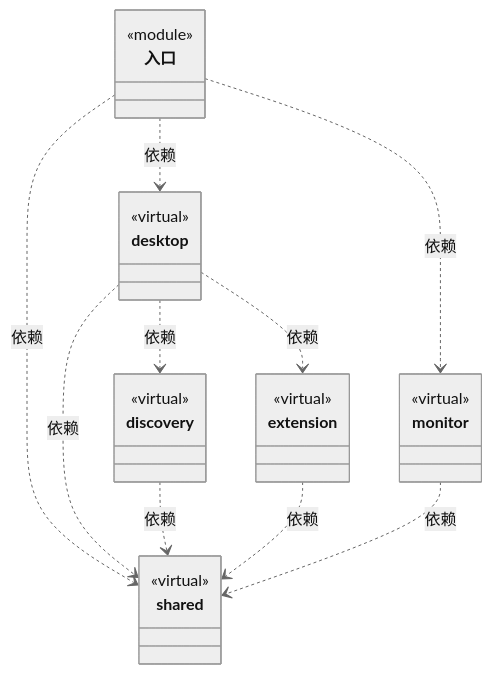
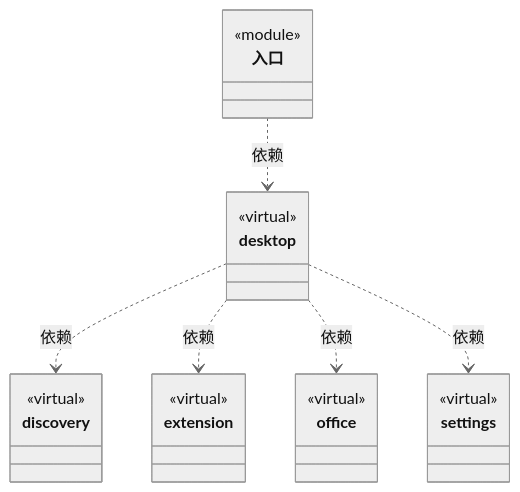
Before and after one commit to nan023062/cbim: the first of 2 diagrams in src/view/ARCHITECTURE.md, drawn with Mermaid (neutral theme). The commit also changed other lines of this file and 113 other files, not shown here.

````diff
--- a/src/view/ARCHITECTURE.md
+++ b/src/view/ARCHITECTURE.md
@@ -27,36 +27,32 @@
 ```mermaid
 classDiagram
-class N_487081ac23f6["shared"] {
+class N_40b8b62c92ef["desktop"] {
   <<virtual>>
 }
-click N_487081ac23f6 href "shared/ARCHITECTURE.md"
+click N_40b8b62c92ef href "desktop/ARCHITECTURE.md"
 class N_c5eba677313b["入口"] {
   <<module>>
 }
 click N_c5eba677313b href "main.ts"
-class N_40b8b62c92ef["desktop"] {
-  <<virtual>>
-}
-click N_40b8b62c92ef href "desktop/ARCHITECTURE.md"
 class N_e18e90529095["discovery"] {
   <<virtual>>
 }
 click N_e18e90529095 href "discovery/ARCHITECTURE.md"
 class N_41f57560b5c0["extension"] {
   <<virtual>>
 }
 click N_41f57560b5c0 href "extension/ARCHITECTURE.md"
-class N_9ab62842ff13["monitor"] {
+class N_feddf7accad7["office"] {
   <<virtual>>
 }
-click N_9ab62842ff13 href "monitor/ARCHITECTURE.md"
+click N_feddf7accad7 href "office/ARCHITECTURE.md"
+class N_548175957adf["settings"] {
+  <<virtual>>
+}
+click N_548175957adf href "settings/ARCHITECTURE.md"
 N_c5eba677313b ..> N_40b8b62c92ef : 依赖
-N_c5eba677313b ..> N_9ab62842ff13 : 依赖
-N_c5eba677313b ..> N_487081ac23f6 : 依赖
 N_40b8b62c92ef ..> N_e18e90529095 : 依赖
 N_40b8b62c92ef ..> N_41f57560b5c0 : 依赖
-N_40b8b62c92ef ..> N_487081ac23f6 : 依赖
-N_e18e90529095 ..> N_487081ac23f6 : 依赖
-N_41f57560b5c0 ..> N_487081ac23f6 : 依赖
-N_9ab62842ff13 ..> N_487081ac23f6 : 依赖
+N_40b8b62c92ef ..> N_feddf7accad7 : 依赖
+N_40b8b62c92ef ..> N_548175957adf : 依赖
 ```
````
